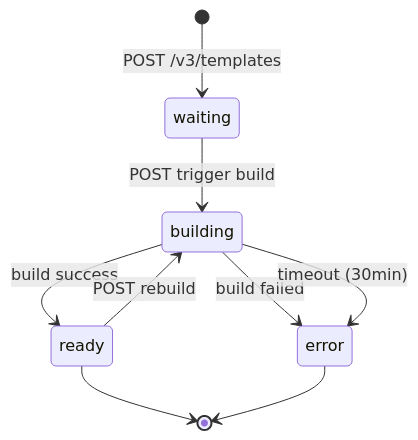
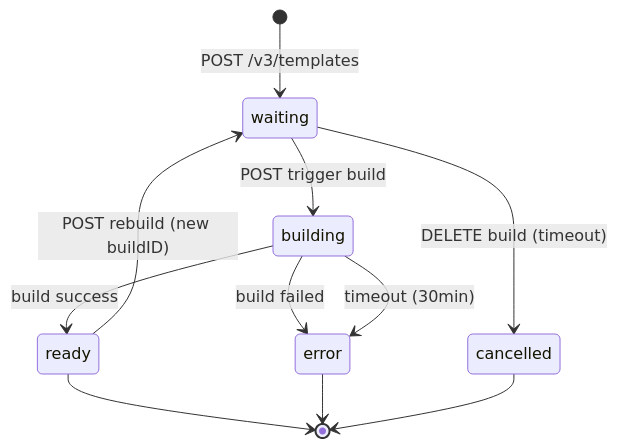
Before and after one commit to jackzhang1314/AdNegator: the first of 2 diagrams in docs/design/L0-supplement-autopause-and-build-system.md, drawn with Mermaid. The commit also changed other lines of this file, not shown here.

First line of the commit message:
docs: correct Build System 2.0 design (Code as Configuration)

````diff
--- a/docs/design/L0-supplement-autopause-and-build-system.md
+++ b/docs/design/L0-supplement-autopause-and-build-system.md
@@ -353,14 +923,16 @@
 ```mermaid
 stateDiagram-v2
     [*] --> waiting: POST /v3/templates
     waiting --> building: POST trigger build
+    waiting --> cancelled: DELETE build (timeout)
 
     building --> ready: build success
     building --> error: build failed
     building --> error: timeout (30min)
 
     ready --> [*]
     error --> [*]
+    cancelled --> [*]
 
-    ready --> building: POST rebuild
+    ready --> waiting: POST rebuild (new buildID)
 ```
````
